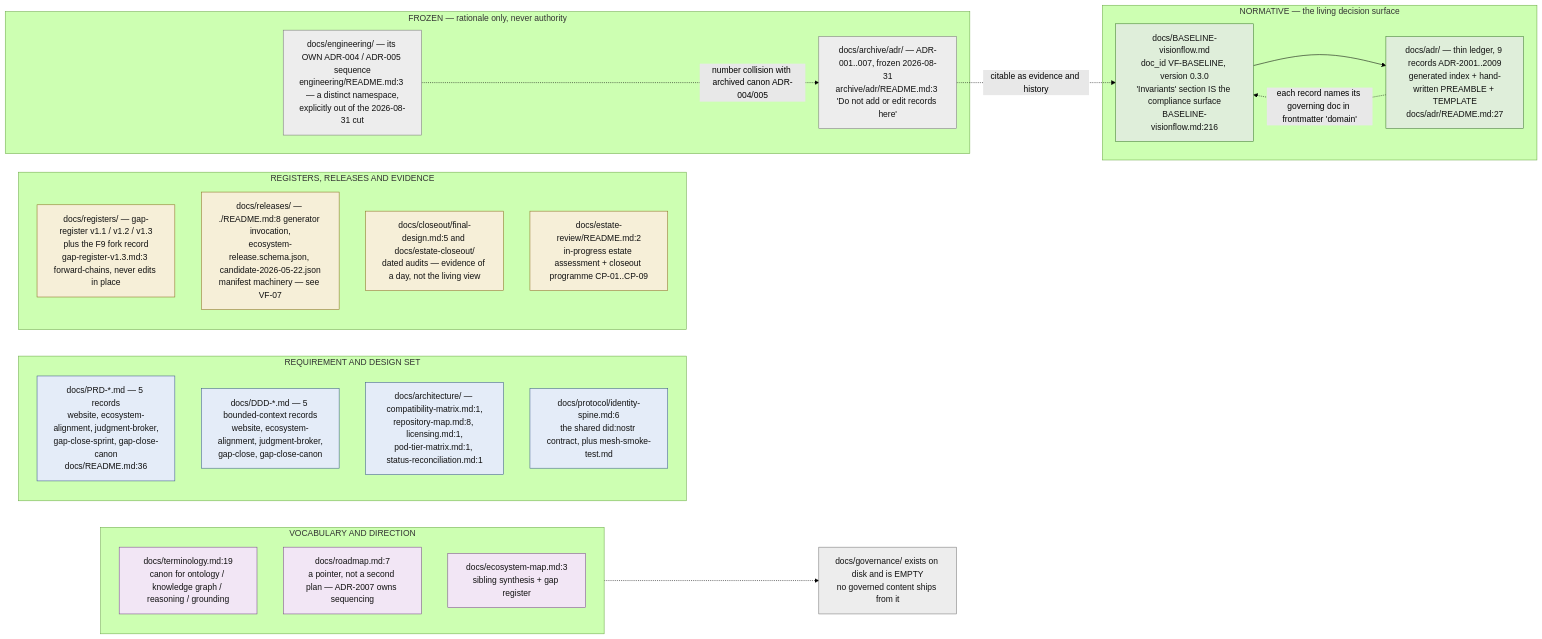
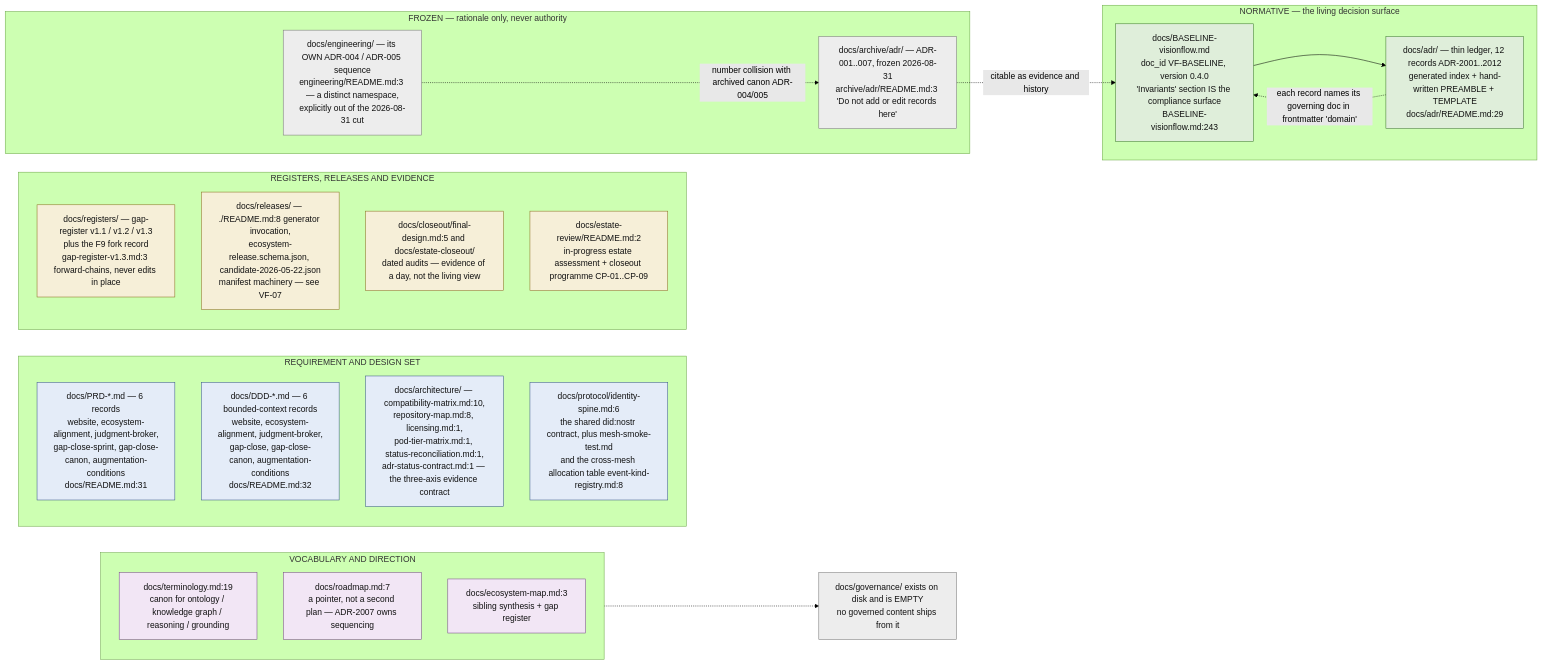
Before and after one commit to DreamLab-AI/VisionFlow: the second of 14 diagrams in docs/diagrams/visionflow/01-repo-composition-and-canon.md, drawn with Mermaid (forest theme). The commit also changed other lines of this file and 7 other files, not shown here.

````diff
--- a/docs/diagrams/visionflow/01-repo-composition-and-canon.md
+++ b/docs/diagrams/visionflow/01-repo-composition-and-canon.md
@@ -78,45 +85,45 @@
 ```mermaid
 flowchart LR
     classDef norm fill:#dfeeda,stroke:#3f7a2f,color:#111
     classDef spec fill:#e4ecf8,stroke:#3a5a8a,color:#111
     classDef reg fill:#f6efd8,stroke:#8a7020,color:#111
     classDef frozen fill:#ededed,stroke:#777,color:#111
     classDef other fill:#f2e6f5,stroke:#7a4a8a,color:#111
 
     subgraph LIVING["NORMATIVE — the living decision surface"]
-        BASE["docs/BASELINE-visionflow.md<br/>doc_id VF-BASELINE, version 0.3.0<br/>'Invariants' section IS the compliance surface<br/>BASELINE-visionflow.md:216"]:::norm
-        LED["docs/adr/ — thin ledger, 9 records ADR-2001..2009<br/>generated index + hand-written PREAMBLE + TEMPLATE<br/>docs/adr/README.md:27"]:::norm
+        BASE["docs/BASELINE-visionflow.md<br/>doc_id VF-BASELINE, version 0.4.0<br/>'Invariants' section IS the compliance surface<br/>BASELINE-visionflow.md:243"]:::norm
+        LED["docs/adr/ — thin ledger, 12 records ADR-2001..2012<br/>generated index + hand-written PREAMBLE + TEMPLATE<br/>docs/adr/README.md:29"]:::norm
     end
 
     subgraph SPECS["REQUIREMENT AND DESIGN SET"]
-        PRD["docs/PRD-*.md — 5 records<br/>website, ecosystem-alignment, judgment-broker,<br/>gap-close-sprint, gap-close-canon<br/>docs/README.md:36"]:::spec
-        DDD["docs/DDD-*.md — 5 bounded-context records<br/>website, ecosystem-alignment, judgment-broker,<br/>gap-close, gap-close-canon"]:::spec
-        ARCH["docs/architecture/ — compatibility-matrix.md:1,<br/>repository-map.md:8, licensing.md:1,<br/>pod-tier-matrix.md:1, status-reconciliation.md:1"]:::spec
-        PROTO["docs/protocol/identity-spine.md:6<br/>the shared did:nostr contract, plus mesh-smoke-test.md"]:::spec
+        PRD["docs/PRD-*.md — 6 records<br/>website, ecosystem-alignment, judgment-broker,<br/>gap-close-sprint, gap-close-canon, augmentation-conditions<br/>docs/README.md:31"]:::spec
+        DDD["docs/DDD-*.md — 6 bounded-context records<br/>website, ecosystem-alignment, judgment-broker,<br/>gap-close, gap-close-canon, augmentation-conditions<br/>docs/README.md:32"]:::spec
+        ARCH["docs/architecture/ — compatibility-matrix.md:10,<br/>repository-map.md:8, licensing.md:1,<br/>pod-tier-matrix.md:1, status-reconciliation.md:1,<br/>adr-status-contract.md:1 — the three-axis evidence contract"]:::spec
+        PROTO["docs/protocol/identity-spine.md:6<br/>the shared did:nostr contract, plus mesh-smoke-test.md<br/>and the cross-mesh allocation table event-kind-registry.md:8"]:::spec
     end
 
     subgraph EVID["REGISTERS, RELEASES AND EVIDENCE"]
         REG["docs/registers/ — gap-register v1.1 / v1.2 / v1.3<br/>plus the F9 fork record<br/>gap-register-v1.3.md:3 forward-chains, never edits in place"]:::reg
         REL["docs/releases/ — ./README.md:8 generator invocation,<br/>ecosystem-release.schema.json, candidate-2026-05-22.json<br/>manifest machinery — see VF-07"]:::reg
         CLOSE["docs/closeout/final-design.md:5 and docs/estate-closeout/<br/>dated audits — evidence of a day, not the living view"]:::reg
         REVIEW["docs/estate-review/README.md:2<br/>in-progress estate assessment + closeout programme CP-01..CP-09"]:::reg
     end
 
     subgraph WORDS["VOCABULARY AND DIRECTION"]
         TERM["docs/terminology.md:19<br/>canon for ontology / knowledge graph / reasoning / grounding"]:::other
         ROAD["docs/roadmap.md:7<br/>a pointer, not a second plan — ADR-2007 owns sequencing"]:::other
         MAP["docs/ecosystem-map.md:3<br/>sibling synthesis + gap register"]:::other
     end
 
     subgraph FROZEN["FROZEN — rationale only, never authority"]
         ARCHV["docs/archive/adr/ — ADR-001..007, frozen 2026-08-31<br/>archive/adr/README.md:3 'Do not add or edit records here'"]:::frozen
         ENG["docs/engineering/ — its OWN ADR-004 / ADR-005 sequence<br/>engineering/README.md:3 — a distinct namespace,<br/>explicitly out of the 2026-08-31 cut"]:::frozen
     end
 
     BASE --> LED
     LED -.->|"each record names its governing doc in frontmatter 'domain'"| BASE
     ARCHV -.->|"citable as evidence and history"| BASE
     ENG -.->|"number collision with archived canon ADR-004/005"| ARCHV
     EMPTY["docs/governance/ exists on disk and is EMPTY<br/>no governed content ships from it"]:::frozen
     WORDS -.-> EMPTY
 ```
````
